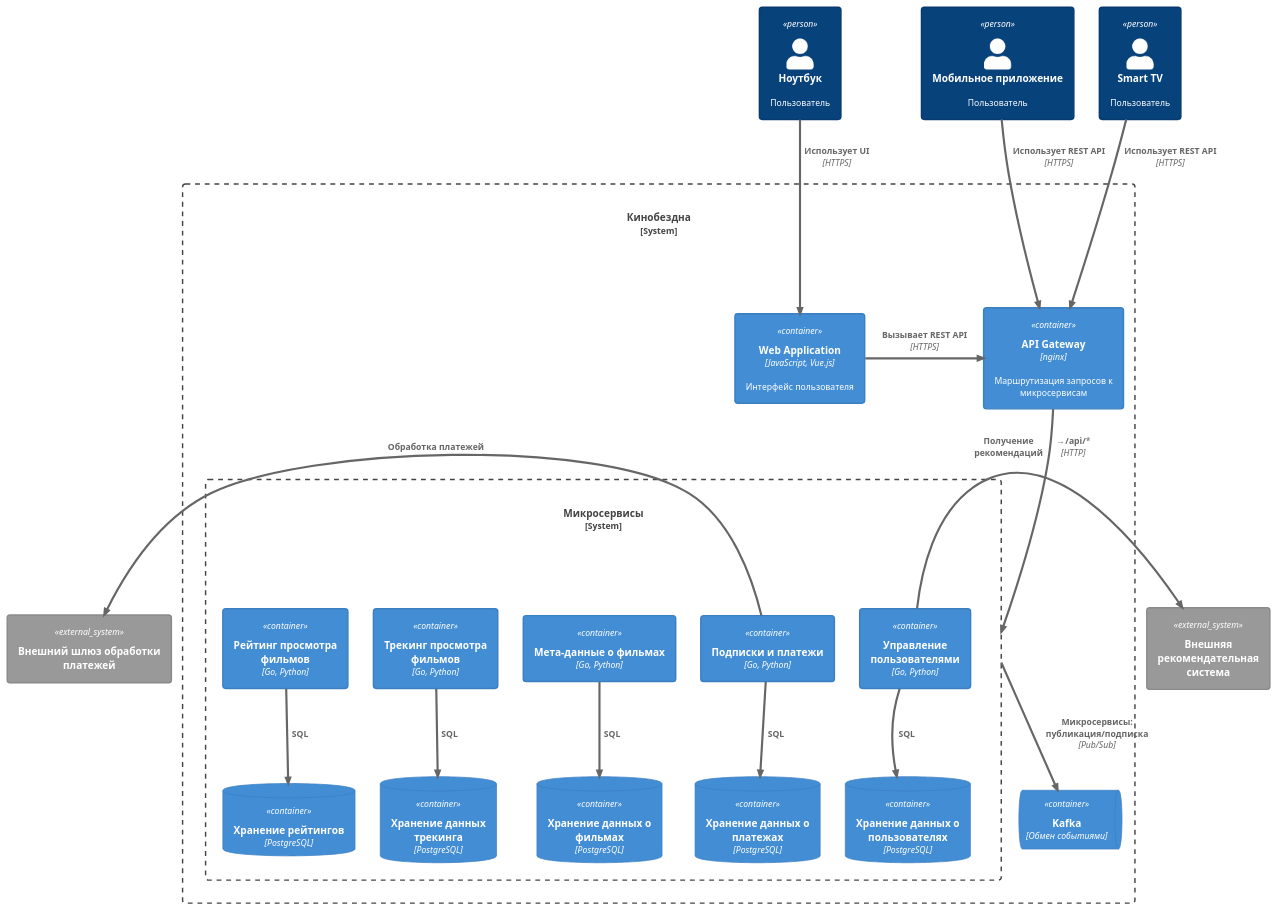
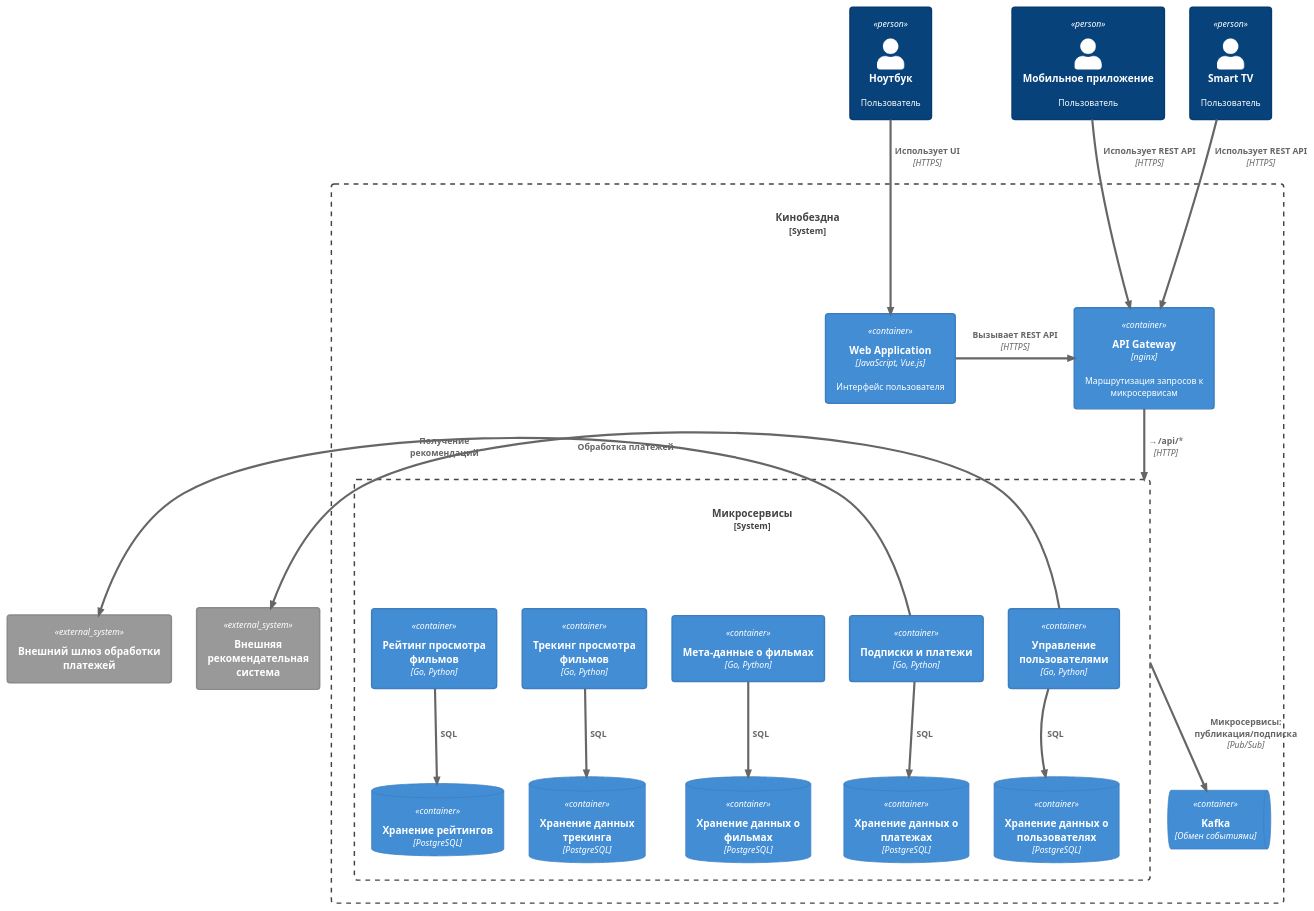
One commit to AlexDmitriev/architecture-pro-cinemaabyss changed the diagram in c4/containers.puml. Above: the diagram before and after it, drawn with PlantUML. The commit also changed 1 other file, not shown here.

```diff
--- a/c4/containers.puml
+++ b/c4/containers.puml
@@ -1,53 +1,53 @@
 @startuml
 !theme cerulean
 !include https://raw.githubusercontent.com/plantuml-stdlib/C4-PlantUML/master/C4_Container.puml
 
 Person(user_notebook, "Ноутбук", "Пользователь")
 Person(user_mobile, "Мобильное приложение", "Пользователь")
 Person(user_smart_tv, "Smart TV", "Пользователь")
 
 System_Ext(recomendation, "Внешняя рекомендательная система")
 System_Ext(paymentSystem, "Внешний шлюз обработки платежей")
 
 System_Boundary(c0, "Кинобездна") {
     Container(webapp, "Web Application", "JavaScript, Vue.js", "Интерфейс пользователя")
     Container(apiGateway, "API Gateway", "nginx", "Маршрутизация запросов к микросервисам")
     ContainerQueue(kafka, "Kafka", "Обмен событиями")
 
     System_Boundary(c1, "Микросервисы") {
           Container(users, "Управление пользователями", "Go, Python")
           ContainerDb(databaseUsers, "Хранение данных о пользователях",  "PostgreSQL")
 
           Container(movies, "Мета-данные о фильмах", "Go, Python")
           ContainerDb(databaseMovies, "Хранение данных о фильмах",  "PostgreSQL")
 
           Container(payments, "Подписки и платежи", "Go, Python")
           ContainerDb(databasePayments, "Хранение данных о платежах",  "PostgreSQL")
 
           Container(tracking, "Трекинг просмотра фильмов", "Go, Python")
           ContainerDb(databaseTracking, "Хранение данных трекинга",  "PostgreSQL")
 
           Container(ratings, "Рейтинг просмотра фильмов", "Go, Python")
           ContainerDb(databaseRatings, "Хранение рейтингов",  "PostgreSQL")
     }
 }
 
 Rel_D(user_notebook, webapp, "Использует UI", "HTTPS")
 Rel_D(user_mobile, apiGateway, "Использует REST API", "HTTPS")
 Rel_D(user_smart_tv, apiGateway, "Использует REST API", "HTTPS")
 Rel_R(webapp, apiGateway, "Вызывает REST API", "HTTPS")
 
 Rel_D(apiGateway, c1, "→ /api/*", "HTTP")
 
 Rel_D(c1, kafka, "Микросервисы: публикация/подписка", "Pub/Sub")
 
-Rel_R(users, recomendation, "Получение рекомендаций")
+Rel_L(users, recomendation, "Получение рекомендаций")
 Rel_D(users, databaseUsers, "SQL")
 
 Rel_L(payments, paymentSystem, "Обработка платежей")
 Rel_D(payments, databasePayments, "SQL")
 
 Rel_D(movies, databaseMovies, "SQL")
 Rel_D(tracking, databaseTracking, "SQL")
 Rel_D(ratings, databaseRatings, "SQL")
 @enduml
```
